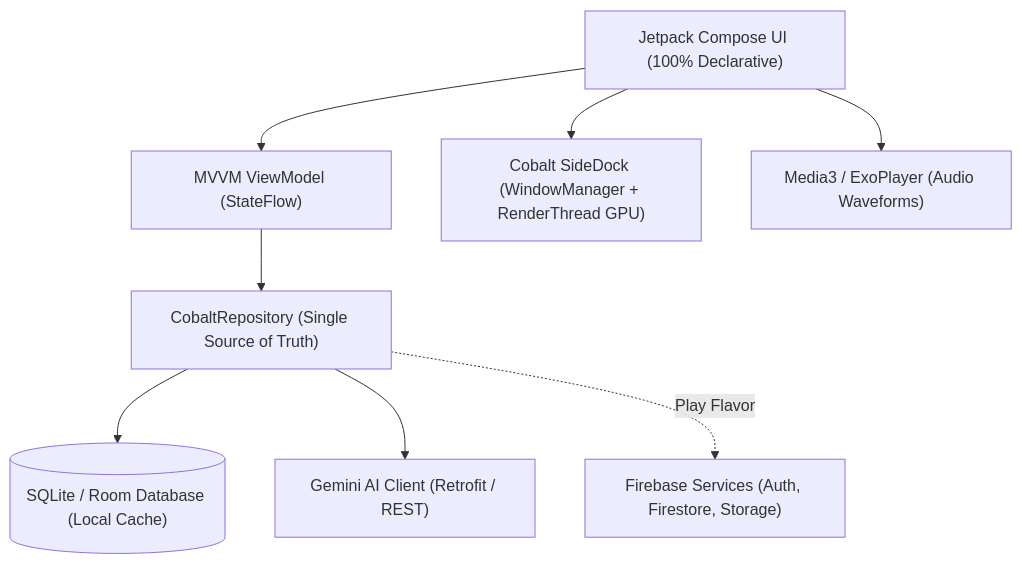
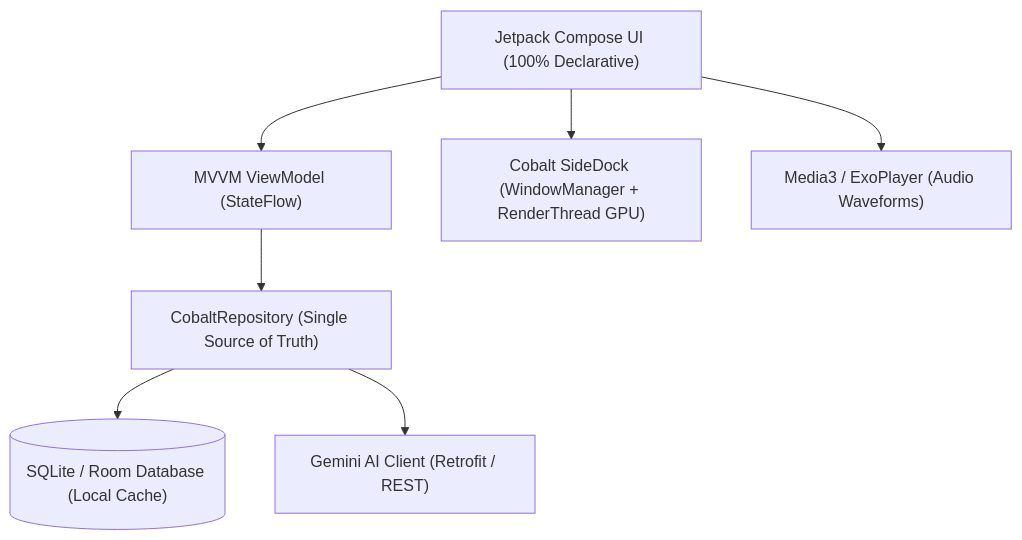
One commit to hanan-bhatti/cobalt changed the diagram in README.md. Above: the diagram before and after it, drawn with Mermaid. The commit also changed other lines of this file and 6 other files, not shown here.

````diff
--- a/README.md
+++ b/README.md
@@ -146,10 +126,9 @@
 ```mermaid
 graph TD
     A["Jetpack Compose UI (100% Declarative)"] --> B["MVVM ViewModel (StateFlow)"]
     B --> C["CobaltRepository (Single Source of Truth)"]
     C --> D[("SQLite / Room Database (Local Cache)")]
     C --> E["Gemini AI Client (Retrofit / REST)"]
-    C -. Play Flavor .-> F["Firebase Services (Auth, Firestore, Storage)"]
     A --> G["Cobalt SideDock (WindowManager + RenderThread GPU)"]
     A --> H["Media3 / ExoPlayer (Audio Waveforms)"]
 ```
````
